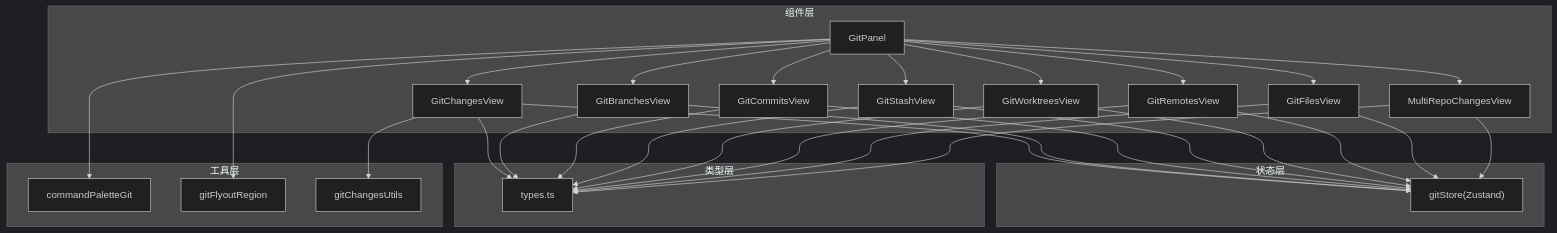
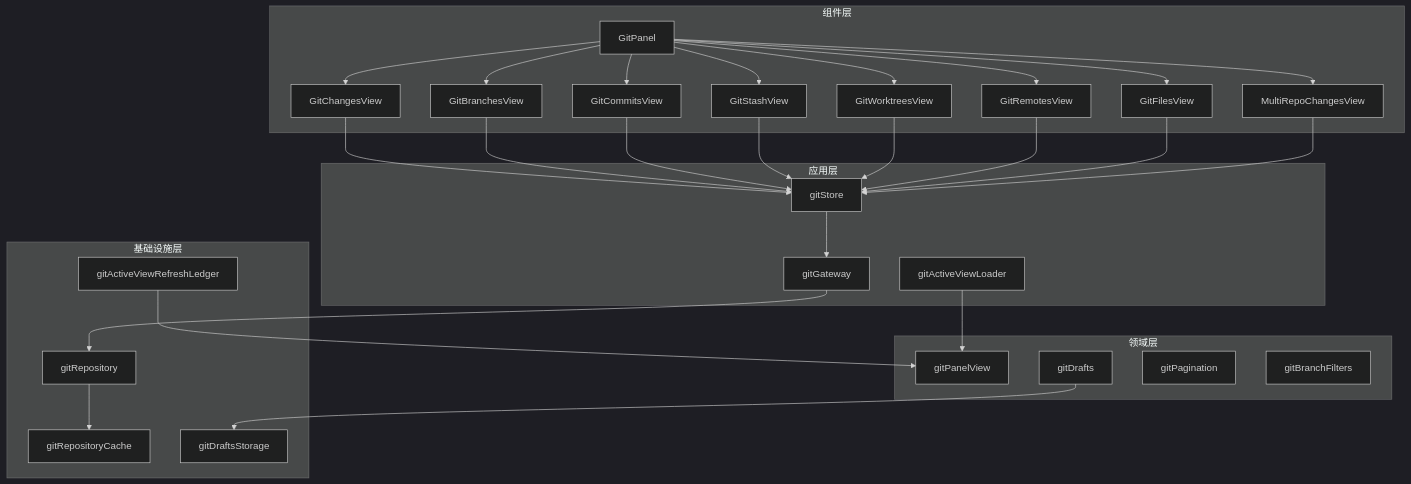
Before and after one commit to yattin/panes: the first of 6 diagrams in .qoder/repowiki/zh/content/核心功能/Git 版本控制/Git 版本控制.md, drawn with Mermaid (dark theme). The commit also changed other lines of this file and 45 other files, not shown here.

````diff
--- a/.qoder/repowiki/zh/content/核心功能/Git 版本控制/Git 版本控制.md
+++ b/.qoder/repowiki/zh/content/核心功能/Git 版本控制/Git 版本控制.md
@@ -44,52 +59,53 @@
 ```mermaid
 graph TB
 subgraph "组件层"
 GP["GitPanel"]
 GC["GitChangesView"]
 GB["GitBranchesView"]
 GM["GitCommitsView"]
 GS["GitStashView"]
 GW["GitWorktreesView"]
 GR["GitRemotesView"]
 GF["GitFilesView"]
 MR["MultiRepoChangesView"]
 end
-subgraph "状态层"
-GST["gitStore(Zustand)"]
+subgraph "应用层"
+GST["gitStore"]
+GG["gitGateway"]
+GAVL["gitActiveViewLoader"]
 end
-subgraph "工具层"
-CMD["commandPaletteGit"]
-FLY["gitFlyoutRegion"]
-UTIL["gitChangesUtils"]
+subgraph "领域层"
+GPV["gitPanelView"]
+GD["gitDrafts"]
+GPF["gitPagination"]
+GBF["gitBranchFilters"]
 end
-subgraph "类型层"
-T["types.ts"]
+subgraph "基础设施层"
+GRepo["gitRepository"]
+GRC["gitRepositoryCache"]
+GAVRL["gitActiveViewRefreshLedger"]
+GDS["gitDraftsStorage"]
 end
 GP --> GC
 GP --> GB
 GP --> GM
 GP --> GS
 GP --> GW
 GP --> GR
 GP --> GF
 GP --> MR
 GC --> GST
 GB --> GST
 GM --> GST
 GS --> GST
 GW --> GST
 GR --> GST
 GF --> GST
 MR --> GST
-GP --> CMD
-GP --> FLY
-GC --> UTIL
-GC --> T
-GB --> T
-GM --> T
-GS --> T
-GW --> T
-GR --> T
-GF --> T
-MR --> T
+GST --> GG
+GG --> GRepo
+GRepo --> GRC
+GAVL --> GPV
+GAVRL --> GPV
+GD --> GDS
 ```
````
